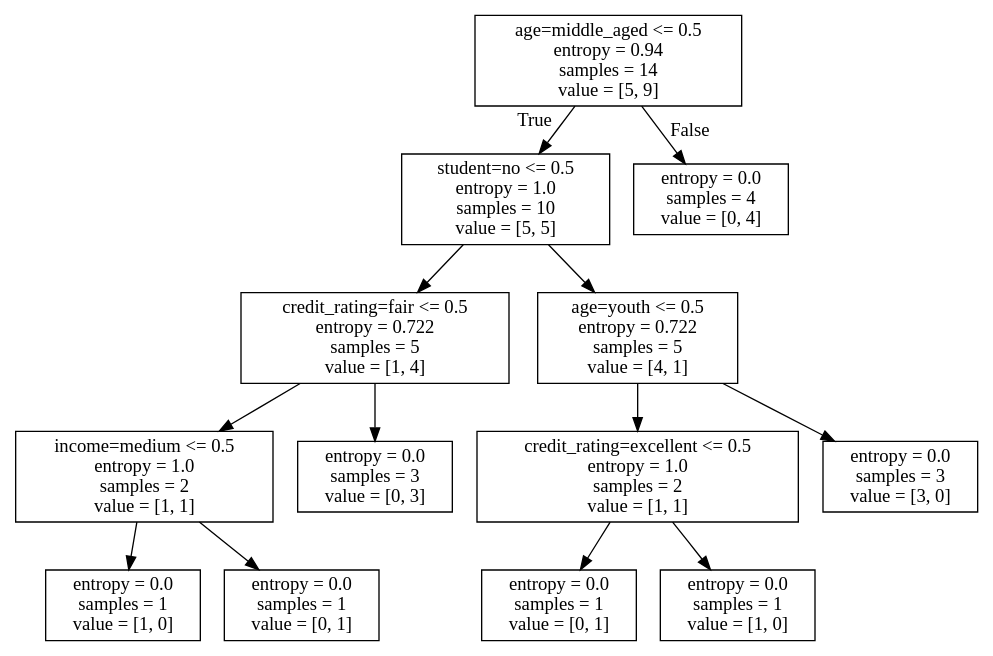
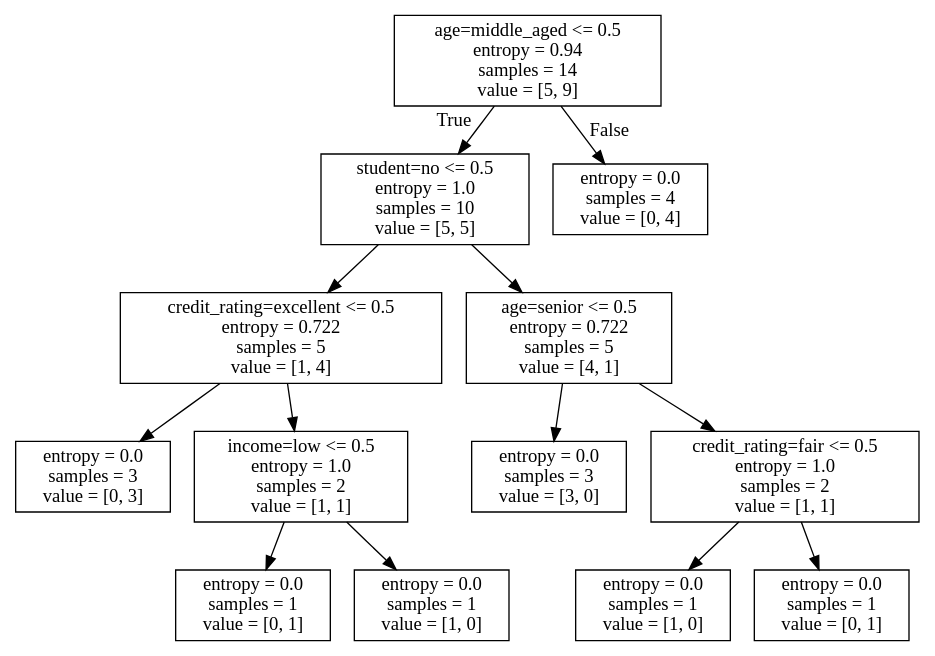
One commit to lgdlkq/machine_learning changed the diagram in decision_tree/allElectronicInformationGainOri.dot. Above: the diagram before and after it, drawn with Graphviz. The commit also changed 1 other file, not shown here.

```diff
--- a/decision_tree/allElectronicInformationGainOri.dot
+++ b/decision_tree/allElectronicInformationGainOri.dot
@@ -1,28 +1,28 @@
 digraph Tree {
 node [shape=box] ;
 0 [label="age=middle_aged <= 0.5\nentropy = 0.94\nsamples = 14\nvalue = [5, 9]"] ;
 1 [label="student=no <= 0.5\nentropy = 1.0\nsamples = 10\nvalue = [5, 5]"] ;
 0 -> 1 [labeldistance=2.5, labelangle=45, headlabel="True"] ;
-2 [label="credit_rating=fair <= 0.5\nentropy = 0.722\nsamples = 5\nvalue = [1, 4]"] ;
+2 [label="credit_rating=excellent <= 0.5\nentropy = 0.722\nsamples = 5\nvalue = [1, 4]"] ;
 1 -> 2 ;
-3 [label="income=medium <= 0.5\nentropy = 1.0\nsamples = 2\nvalue = [1, 1]"] ;
+3 [label="entropy = 0.0\nsamples = 3\nvalue = [0, 3]"] ;
 2 -> 3 ;
-4 [label="entropy = 0.0\nsamples = 1\nvalue = [1, 0]"] ;
-3 -> 4 ;
+4 [label="income=low <= 0.5\nentropy = 1.0\nsamples = 2\nvalue = [1, 1]"] ;
+2 -> 4 ;
 5 [label="entropy = 0.0\nsamples = 1\nvalue = [0, 1]"] ;
-3 -> 5 ;
-6 [label="entropy = 0.0\nsamples = 3\nvalue = [0, 3]"] ;
-2 -> 6 ;
-7 [label="age=youth <= 0.5\nentropy = 0.722\nsamples = 5\nvalue = [4, 1]"] ;
+4 -> 5 ;
+6 [label="entropy = 0.0\nsamples = 1\nvalue = [1, 0]"] ;
+4 -> 6 ;
+7 [label="age=senior <= 0.5\nentropy = 0.722\nsamples = 5\nvalue = [4, 1]"] ;
 1 -> 7 ;
-8 [label="credit_rating=excellent <= 0.5\nentropy = 1.0\nsamples = 2\nvalue = [1, 1]"] ;
+8 [label="entropy = 0.0\nsamples = 3\nvalue = [3, 0]"] ;
 7 -> 8 ;
-9 [label="entropy = 0.0\nsamples = 1\nvalue = [0, 1]"] ;
-8 -> 9 ;
+9 [label="credit_rating=fair <= 0.5\nentropy = 1.0\nsamples = 2\nvalue = [1, 1]"] ;
+7 -> 9 ;
 10 [label="entropy = 0.0\nsamples = 1\nvalue = [1, 0]"] ;
-8 -> 10 ;
-11 [label="entropy = 0.0\nsamples = 3\nvalue = [3, 0]"] ;
-7 -> 11 ;
+9 -> 10 ;
+11 [label="entropy = 0.0\nsamples = 1\nvalue = [0, 1]"] ;
+9 -> 11 ;
 12 [label="entropy = 0.0\nsamples = 4\nvalue = [0, 4]"] ;
 0 -> 12 [labeldistance=2.5, labelangle=-45, headlabel="False"] ;
 }
```
